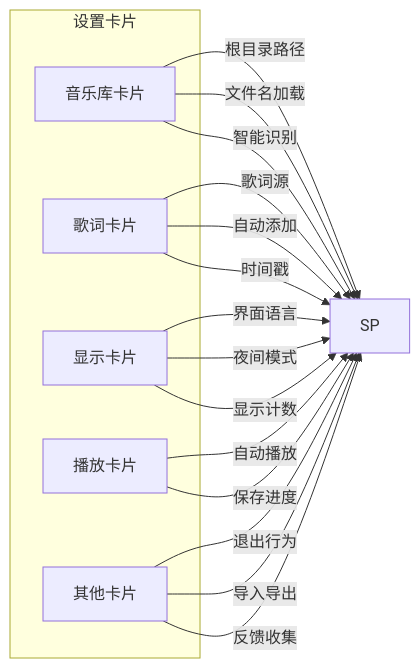
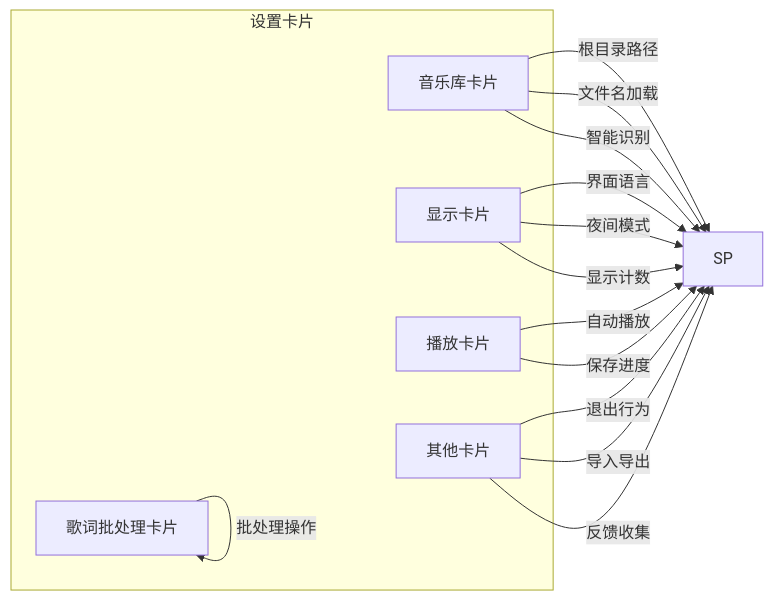
Before and after one commit to SeakyLuo/SMPlayerElectron: the third of 13 diagrams in .qoder/repowiki/zh/content/用户界面/页面设计/专用页面组件/设置页面.md, drawn with Mermaid. The commit also changed other lines of this file and 13 other files, not shown here.

````diff
--- a/.qoder/repowiki/zh/content/用户界面/页面设计/专用页面组件/设置页面.md
+++ b/.qoder/repowiki/zh/content/用户界面/页面设计/专用页面组件/设置页面.md
@@ -148,24 +180,24 @@
 ```mermaid
 graph LR
 subgraph "设置卡片"
 LC[音乐库卡片]
-LY[歌词卡片]
+LBC[歌词批处理卡片]
 DS[显示卡片]
 PL[播放卡片]
 OT[其他卡片]
 end
 LC --> |根目录路径| SP
 LC --> |文件名加载| SP
 LC --> |智能识别| SP
-LY --> |歌词源| SP
-LY --> |自动添加| SP
-LY --> |时间戳| SP
+LBC --> |歌词源| LBC
+LBC --> |自动添加| LBC
+LBC --> |批处理操作| LBC
 DS --> |界面语言| SP
 DS --> |夜间模式| SP
 DS --> |显示计数| SP
 PL --> |自动播放| SP
 PL --> |保存进度| SP
 OT --> |退出行为| SP
 OT --> |导入导出| SP
 OT --> |反馈收集| SP
 ```
````
